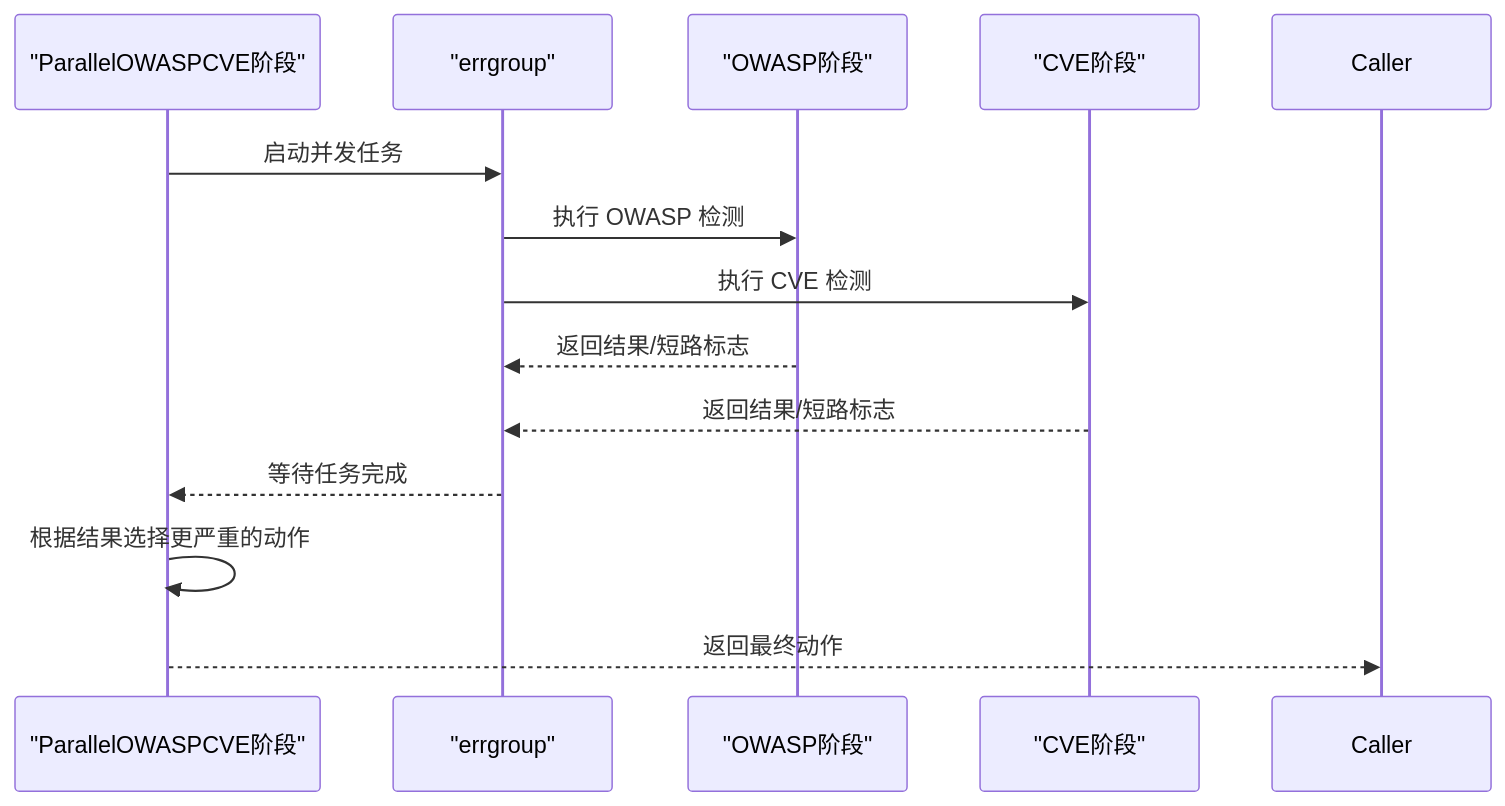
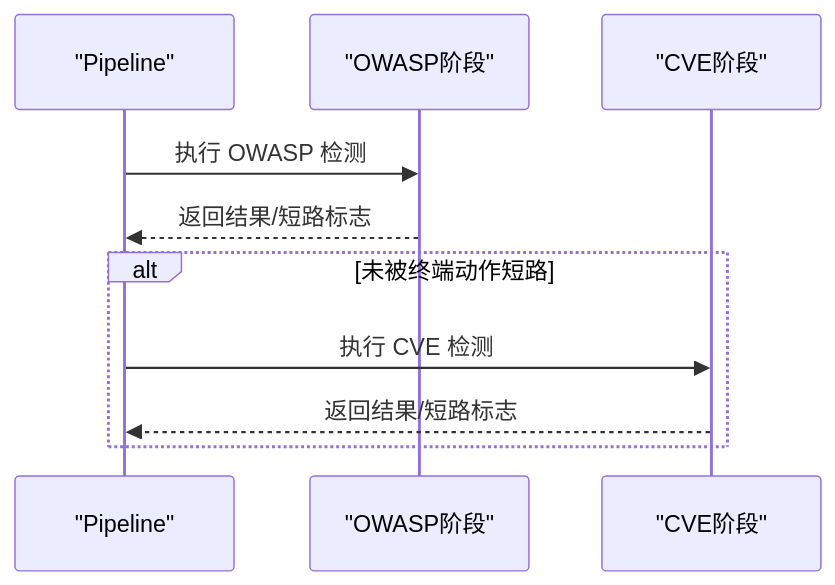
The sixth of 7 diagrams in docs/WAF 引擎系统/引擎核心架构/管道执行机制.md (x01n/My-OpenWaf), drawn with Mermaid before and after one commit. The commit also changed other lines of this file and 354 other files, not shown here.

````diff
--- a/docs/WAF 引擎系统/引擎核心架构/管道执行机制.md
+++ b/docs/WAF 引擎系统/引擎核心架构/管道执行机制.md
@@ -263,15 +268,12 @@
 ```mermaid
 sequenceDiagram
-participant PH as "ParallelOWASPCVE阶段"
-participant G as "errgroup"
+participant Pipe as "Pipeline"
 participant OWASP as "OWASP阶段"
 participant CVE as "CVE阶段"
-PH->>G : 启动并发任务
-G->>OWASP : 执行 OWASP 检测
-G->>CVE : 执行 CVE 检测
-OWASP-->>G : 返回结果/短路标志
-CVE-->>G : 返回结果/短路标志
-G-->>PH : 等待任务完成
-PH->>PH : 根据结果选择更严重的动作
-PH-->>Caller : 返回最终动作
+Pipe->>OWASP : 执行 OWASP 检测
+OWASP-->>Pipe : 返回结果/短路标志
+alt 未被终端动作短路
+Pipe->>CVE : 执行 CVE 检测
+CVE-->>Pipe : 返回结果/短路标志
+end
 ```
````
